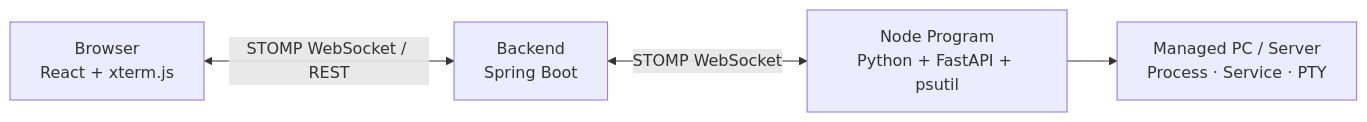
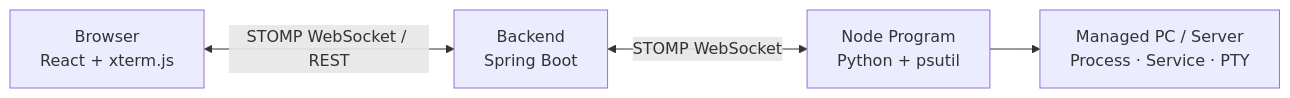
Before and after one commit to duwon1/processManager: the diagram in README.md, drawn with Mermaid. The commit also changed other lines of this file and 5 other files, not shown here.

Commit message:
docs: sync API, architecture and README with the current code

````diff
--- a/README.md
+++ b/README.md
@@ -67,11 +72,11 @@
 ```mermaid
 flowchart LR
     Browser["Browser\nReact + xterm.js"]
     Backend["Backend\nSpring Boot"]
-    Agent["Node Program\nPython + FastAPI + psutil"]
+    Agent["Node Program\nPython + psutil"]
     Target["Managed PC / Server\nProcess · Service · PTY"]
 
     Browser <-->|STOMP WebSocket / REST| Backend
     Backend <-->|STOMP WebSocket| Agent
     Agent --> Target
 ```
````
